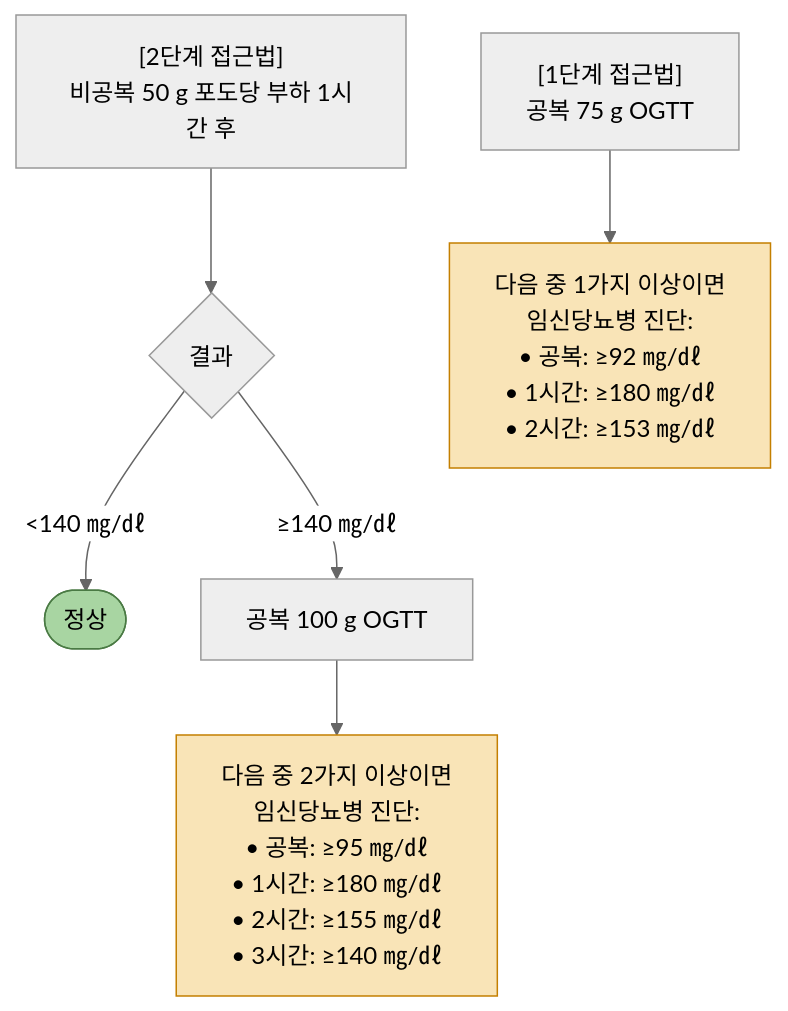
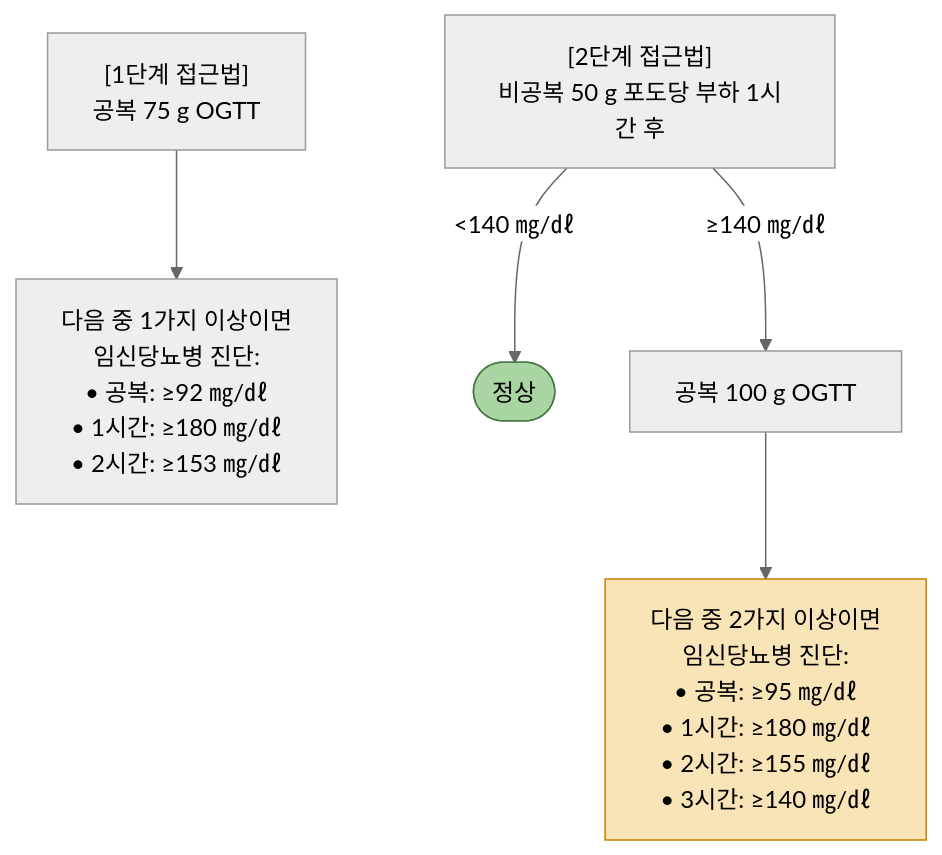
The third of 3 diagrams in 226_/100_-diabetes-mellitus.md (familyoh77/familyoh77), drawn with Mermaid (neutral theme) before and after one commit. The commit also changed other lines of this file and 1 other file, not shown here.

````diff
--- a/226_/100_-diabetes-mellitus.md
+++ b/226_/100_-diabetes-mellitus.md
@@ -982,17 +761,18 @@
 ```mermaid
 graph TD
     A["[1단계 접근법]\n공복 75 g OGTT"] 
-    B["[2단계 접근법]\n비공복 50 g 포도당 부하 1시간 후"]
+    A --> F["다음 중 1가지 이상이면\n임신당뇨병 진단:\n• 공복: ≥92 ㎎/㎗\n• 1시간: ≥180 ㎎/㎗\n• 2시간: ≥153 ㎎/㎗"]
 
-    B --> C{"결과"}
-    C -->|"&lt;140 ㎎/㎗"| D(["정상"])
-    C -->|"≥140 ㎎/㎗"| E["공복 100 g OGTT"]
+        B["[2단계 접근법]\n비공복 50 g 포도당 부하 1시간 후"]
 
-    A --> F["다음 중 1가지 이상이면\n임신당뇨병 진단:\n• 공복: ≥92 ㎎/㎗\n• 1시간: ≥180 ㎎/㎗\n• 2시간: ≥153 ㎎/㎗"]
+
+    B -->|"&lt;140 ㎎/㎗"| D(["정상"])
+    B -->|"≥140 ㎎/㎗"| E["공복 100 g OGTT"]
+
 
     E --> G["다음 중 2가지 이상이면\n임신당뇨병 진단:\n• 공복: ≥95 ㎎/㎗\n• 1시간: ≥180 ㎎/㎗\n• 2시간: ≥155 ㎎/㎗\n• 3시간: ≥140 ㎎/㎗"]
 
     style D fill:#a8d5a2,stroke:#4a7a44
-    style F fill:#f9e4b7,stroke:#c47f00
+
     style G fill:#f9e4b7,stroke:#c47f00
 ```
````
